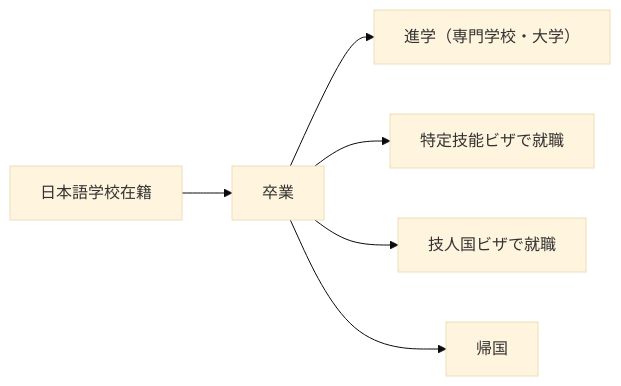
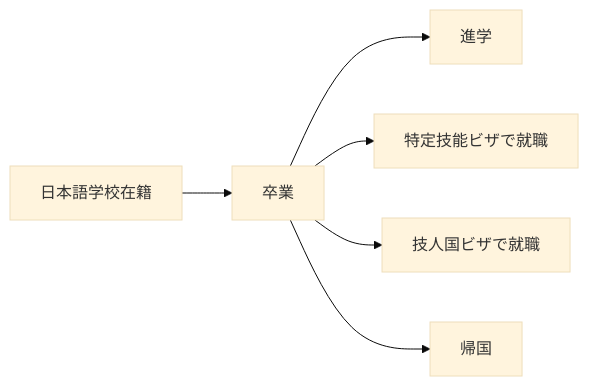
The second of 2 diagrams in docs/01-domain-knowledge/15-specified-skilled-worker/index.md (kincapy/joshinan-docs), drawn with Mermaid (base theme) before and after one commit. The commit also changed other lines of this file and 7 other files, not shown here.

````diff
--- a/docs/01-domain-knowledge/15-specified-skilled-worker/index.md
+++ b/docs/01-domain-knowledge/15-specified-skilled-worker/index.md
@@ -29,8 +74,8 @@
 ```mermaid
 graph LR
     A[日本語学校在籍] --> B[卒業]
-    B --> C[進学（専門学校・大学）]
+    B --> C[進学]
     B --> D[特定技能ビザで就職]
     B --> E[技人国ビザで就職]
     B --> F[帰国]
 ```
````
